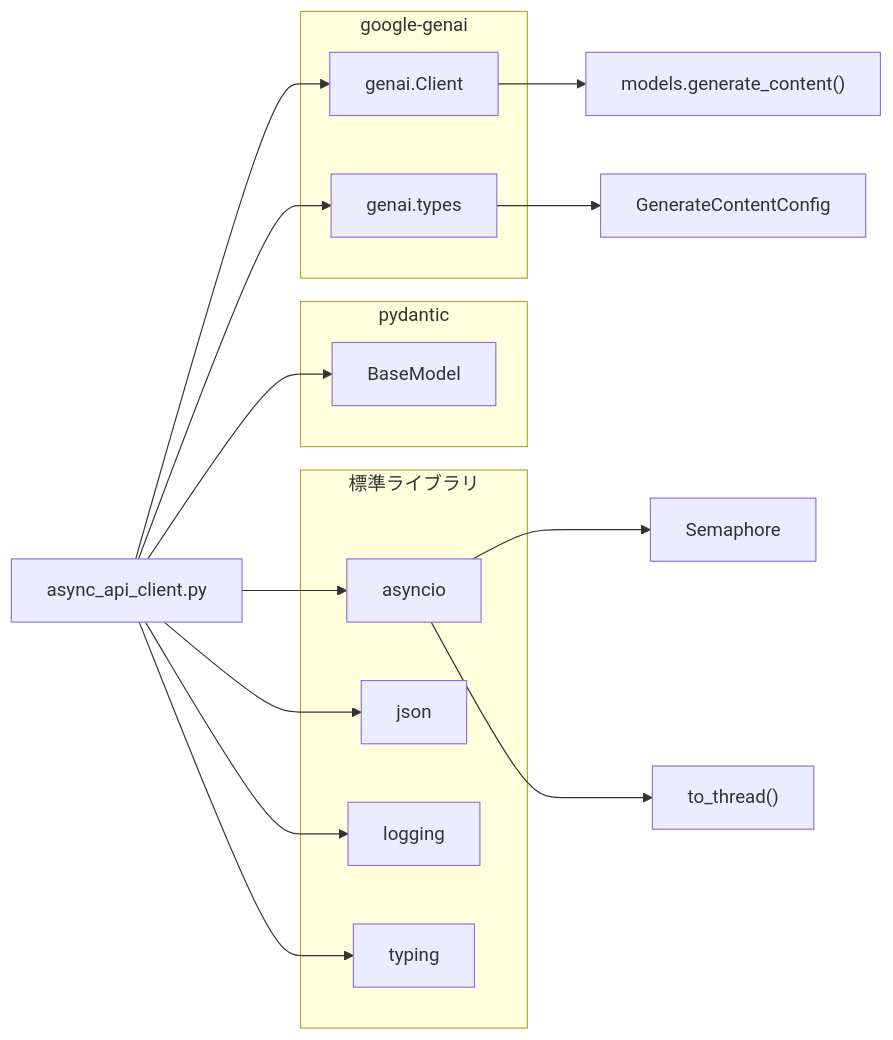
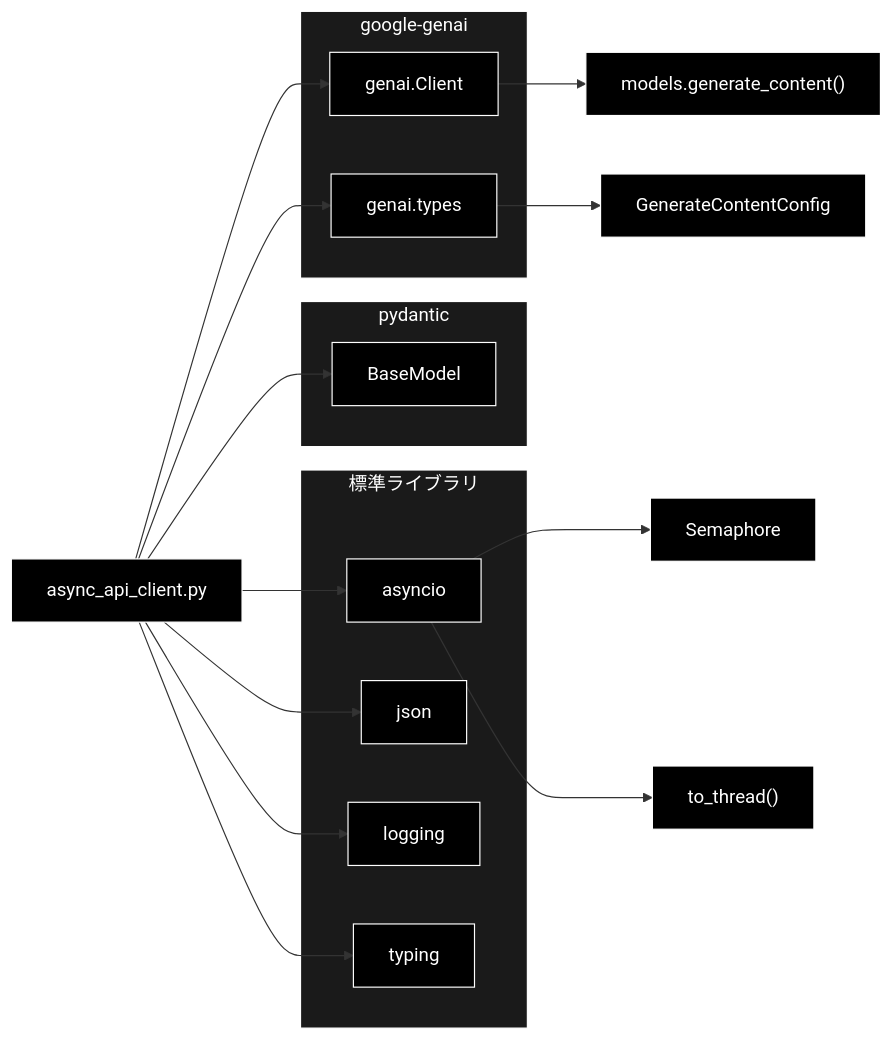
One commit to nakashima2toshio/grace_v2_local changed the third of 5 diagrams in chunking/docs/async_api_client.md. Above: the diagram before and after it, drawn with Mermaid. The commit also changed other lines of this file and 4 other files, not shown here.

First line of the commit message:
docs: Mermaid 26 図に黒背景スタイルを適用する

````diff
--- a/chunking/docs/async_api_client.md
+++ b/chunking/docs/async_api_client.md
@@ -686,33 +698,39 @@
 ```mermaid
 flowchart LR
     ASYNC[async_api_client.py]
 
     subgraph GOOGLE["google-genai"]
         GENAI[genai.Client]
         TYPES[genai.types]
     end
 
     subgraph PYDANTIC["pydantic"]
         BASEMODEL[BaseModel]
     end
 
     subgraph STDLIB["標準ライブラリ"]
         ASYNCIO[asyncio]
         JSON[json]
         LOGGING[logging]
         TYPING[typing]
     end
 
     ASYNC --> GENAI
     ASYNC --> TYPES
     ASYNC --> BASEMODEL
     ASYNC --> ASYNCIO
     ASYNC --> JSON
     ASYNC --> LOGGING
     ASYNC --> TYPING
 
     GENAI --> GEN_CONTENT["models.generate_content()"]
     TYPES --> CONFIG["GenerateContentConfig"]
     ASYNCIO --> SEMAPHORE["Semaphore"]
     ASYNCIO --> TO_THREAD["to_thread()"]
+classDef default fill:#000,stroke:#fff,color:#fff
+classDef subgraphStyle fill:#1a1a1a,stroke:#fff,color:#fff
+class ASYNC,GENAI,TYPES,BASEMODEL,ASYNCIO,JSON,LOGGING,TYPING,GEN_CONTENT,CONFIG,SEMAPHORE,TO_THREAD default
+style GOOGLE fill:#1a1a1a,stroke:#fff,color:#fff
+style PYDANTIC fill:#1a1a1a,stroke:#fff,color:#fff
+style STDLIB fill:#1a1a1a,stroke:#fff,color:#fff
 ```
````
